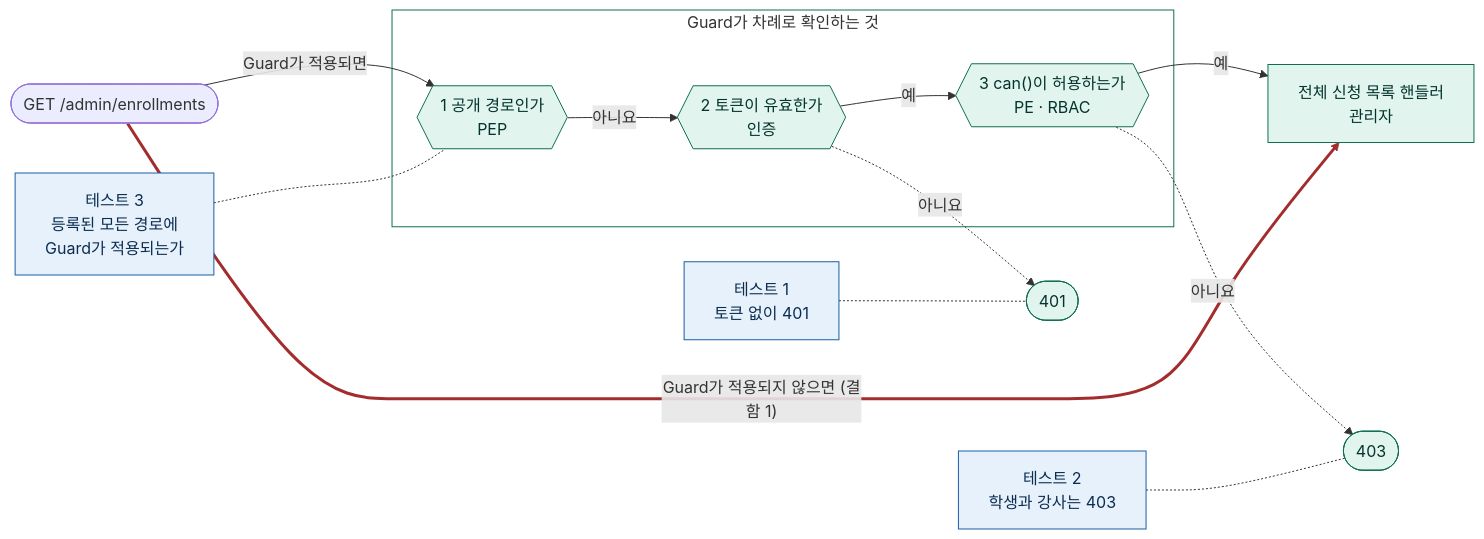
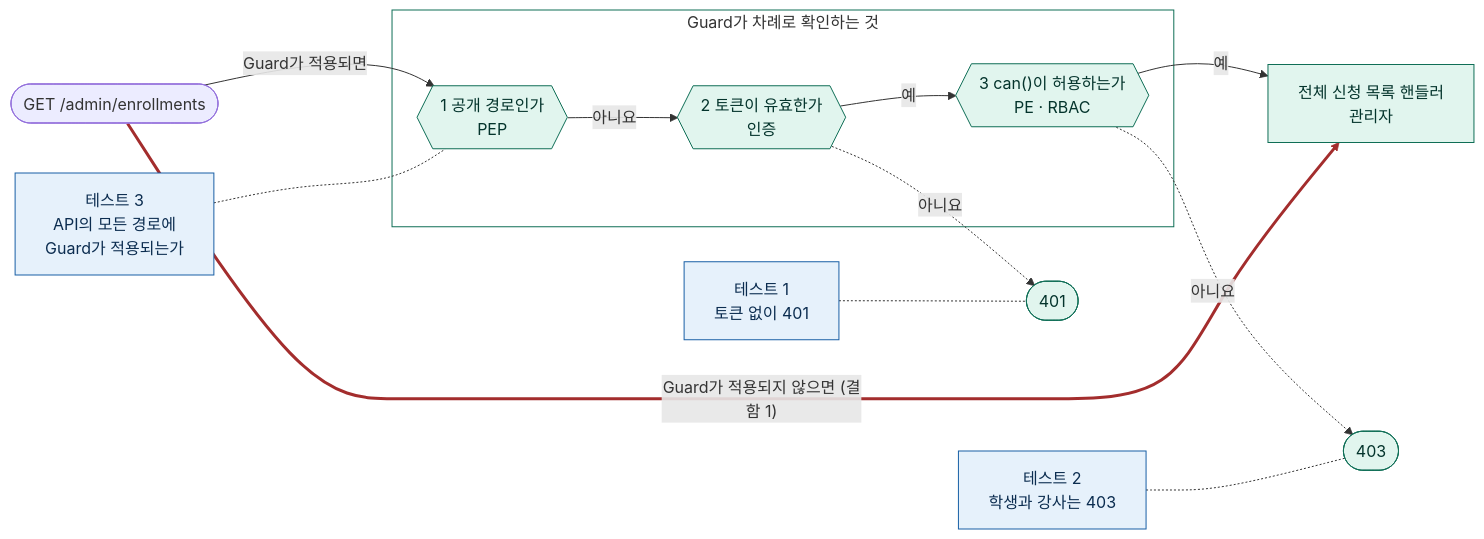
Before and after one commit to loquemedalagana/secure-enroll-demo: the second of 3 diagrams in docs/diagnosis/defect-1.md, drawn with Mermaid. The commit also changed other lines of this file, not shown here.

First line of the commit message:
docs: 결함 1 보고서의 테스트 이름 '등록된 모든 경로'를 'API의 모든 경로'로 맞춤

````diff
--- a/docs/diagnosis/defect-1.md
+++ b/docs/diagnosis/defect-1.md
@@ -122,28 +122,28 @@
 ```mermaid
 flowchart LR
   req(["GET /admin/enrollments"])
 
   subgraph guard["Guard가 차례로 확인하는 것"]
     s1{{"1 공개 경로인가<br/>PEP"}}
     s2{{"2 토큰이 유효한가<br/>인증"}}
     s3{{"3 can()이 허용하는가<br/>PE · RBAC"}}
     s1 -- "아니요" --> s2 -- "예" --> s3
   end
 
   req -- "Guard가 적용되면" --> s1
   s3 -- "예" --> h["전체 신청 목록 핸들러<br/>관리자"]
   s2 -. "아니요" .-> r401(["401"])
   s3 -. "아니요" .-> r403(["403"])
   req == "Guard가 적용되지 않으면 (결함 1)" ==> h
 
-  t3["테스트 3<br/>등록된 모든 경로에<br/>Guard가 적용되는가"] -.- s1
+  t3["테스트 3<br/>API의 모든 경로에<br/>Guard가 적용되는가"] -.- s1
   t1["테스트 1<br/>토큰 없이 401"] -.- r401
   t2["테스트 2<br/>학생과 강사는 403"] -.- r403
 
   classDef safe fill:#E1F5EE,stroke:#0F6E56,color:#04342C
   classDef test fill:#E6F1FB,stroke:#185FA5,color:#0C2D50
   class s1,s2,s3,r401,r403,h safe
   class t1,t2,t3 test
   style guard fill:none,stroke:#0F6E56
   linkStyle 6 stroke:#A32D2D,stroke-width:3px
 ```
````
